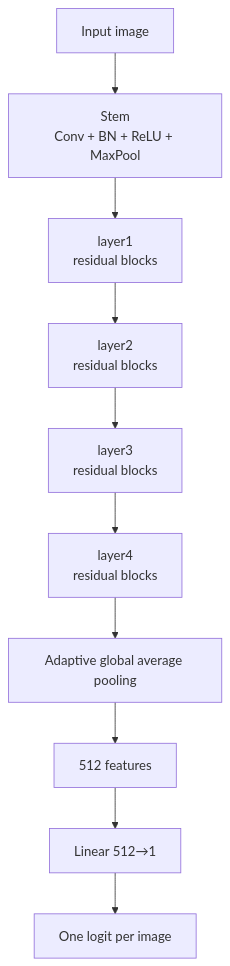
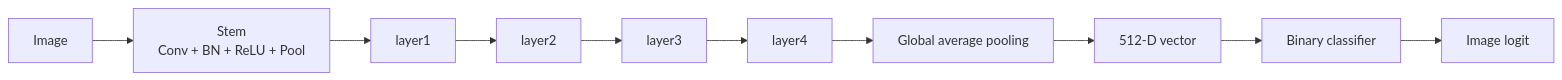
Before and after one commit to santiagoAvellaR/industrial-defect-vision: the second of 9 diagrams in docs/learning/deep-learning/architectures/README.md, drawn with Mermaid. The commit also changed other lines of this file, not shown here.

Commit message:
docs(learning): expand architecture atlas through DeepLabV3

````diff
--- a/docs/learning/deep-learning/architectures/README.md
+++ b/docs/learning/deep-learning/architectures/README.md
@@ -131,12 +75,12 @@
 ```mermaid
-flowchart TD
-    A[Input image] --> B[Stem<br/>Conv + BN + ReLU + MaxPool]
-    B --> C[layer1<br/>residual blocks]
-    C --> D[layer2<br/>residual blocks]
-    D --> E[layer3<br/>residual blocks]
-    E --> F[layer4<br/>residual blocks]
-    F --> G[Adaptive global average pooling]
-    G --> H[512 features]
-    H --> I[Linear 512→1]
-    I --> J[One logit per image]
+flowchart LR
+    A[Image] --> B[Stem<br/>Conv + BN + ReLU + Pool]
+    B --> C[layer1]
+    C --> D[layer2]
+    D --> E[layer3]
+    E --> F[layer4]
+    F --> G[Global average pooling]
+    G --> H[512-D vector]
+    H --> I[Binary classifier]
+    I --> J[Image logit]
 ```
````
